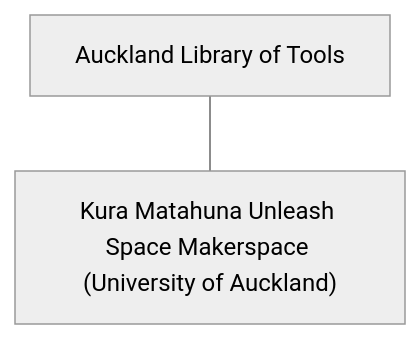
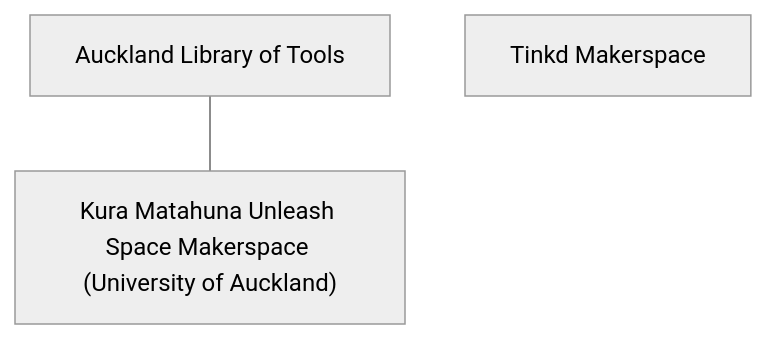
Diagram 11 of 22 in GUIDE.md (olitreadwell/nz-tech-for-good), drawn with Mermaid (neutral theme) before and after one commit. The commit also changed other lines of this file and 4 other files, not shown here.

````diff
--- a/GUIDE.md
+++ b/GUIDE.md
@@ -276,6 +278,7 @@
 ```mermaid
 flowchart TD
     n_AucklandLibraryofTools["Auckland Library of Tools"]
     n_KuraMatahunaUnleashSpace["Kura Matahuna Unleash Space Makerspace (University of Auckland)"]
+    n_TinkdMakerspace["Tinkd Makerspace"]
     n_AucklandLibraryofTools --- n_KuraMatahunaUnleashSpace
 ```
````
